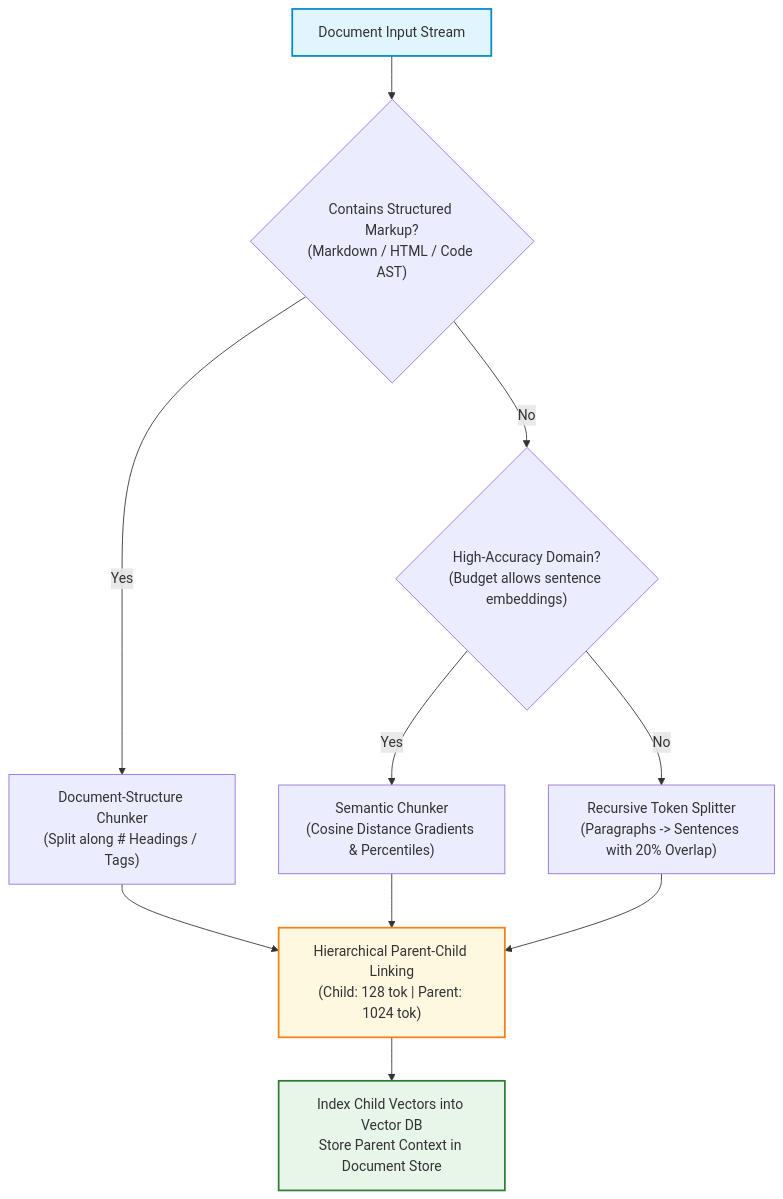
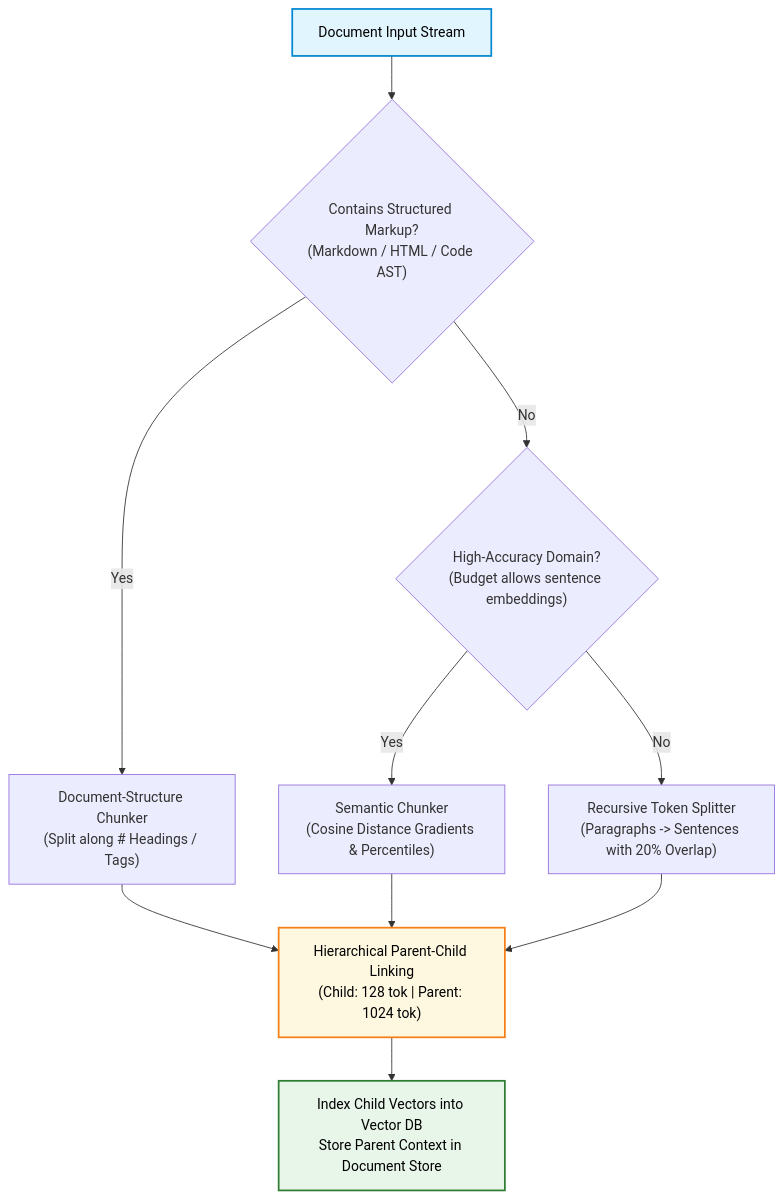
The fifth of 5 diagrams in 02-Document-Processing/Chunking-Strategies.md (swapnil3104/RAG-Engineering), drawn with Mermaid before and after one commit. The commit also changed 108 other files, not shown here.

Commit message:
fix: make chart text visible across all Mermaid diagrams and resolve markdown table formatting issues

````diff
--- a/02-Document-Processing/Chunking-Strategies.md
+++ b/02-Document-Processing/Chunking-Strategies.md
@@ -489,18 +489,18 @@
 ```mermaid
 flowchart TD
     In["Document Input Stream"] --> CheckStruct{"Contains Structured Markup?<br/>(Markdown / HTML / Code AST)"}
     CheckStruct -- "Yes" --> Struct["Document-Structure Chunker<br/>(Split along # Headings / Tags)"]
     CheckStruct -- "No" --> CostCheck{"High-Accuracy Domain?<br/>(Budget allows sentence embeddings)"}
     CostCheck -- "Yes" --> Sem["Semantic Chunker<br/>(Cosine Distance Gradients & Percentiles)"]
     CostCheck -- "No" --> Recurse["Recursive Token Splitter<br/>(Paragraphs -> Sentences with 20% Overlap)"]
     
     Struct --> Hierarchical["Hierarchical Parent-Child Linking<br/>(Child: 128 tok | Parent: 1024 tok)"]
     Sem --> Hierarchical
     Recurse --> Hierarchical
 
     Hierarchical --> VectorDB["Index Child Vectors into Vector DB<br/>Store Parent Context in Document Store"]
 
-    style In fill:#e1f5fe,stroke:#0288d1,stroke-width:2px
-    style Hierarchical fill:#fff8e1,stroke:#f57f17,stroke-width:2px
-    style VectorDB fill:#e8f5e9,stroke:#2e7d32,stroke-width:2px
+    style In fill:#e1f5fe,stroke:#0288d1,stroke-width:2px,color:#000000
+    style Hierarchical fill:#fff8e1,stroke:#f57f17,stroke-width:2px,color:#000000
+    style VectorDB fill:#e8f5e9,stroke:#2e7d32,stroke-width:2px,color:#000000
 ```
````
